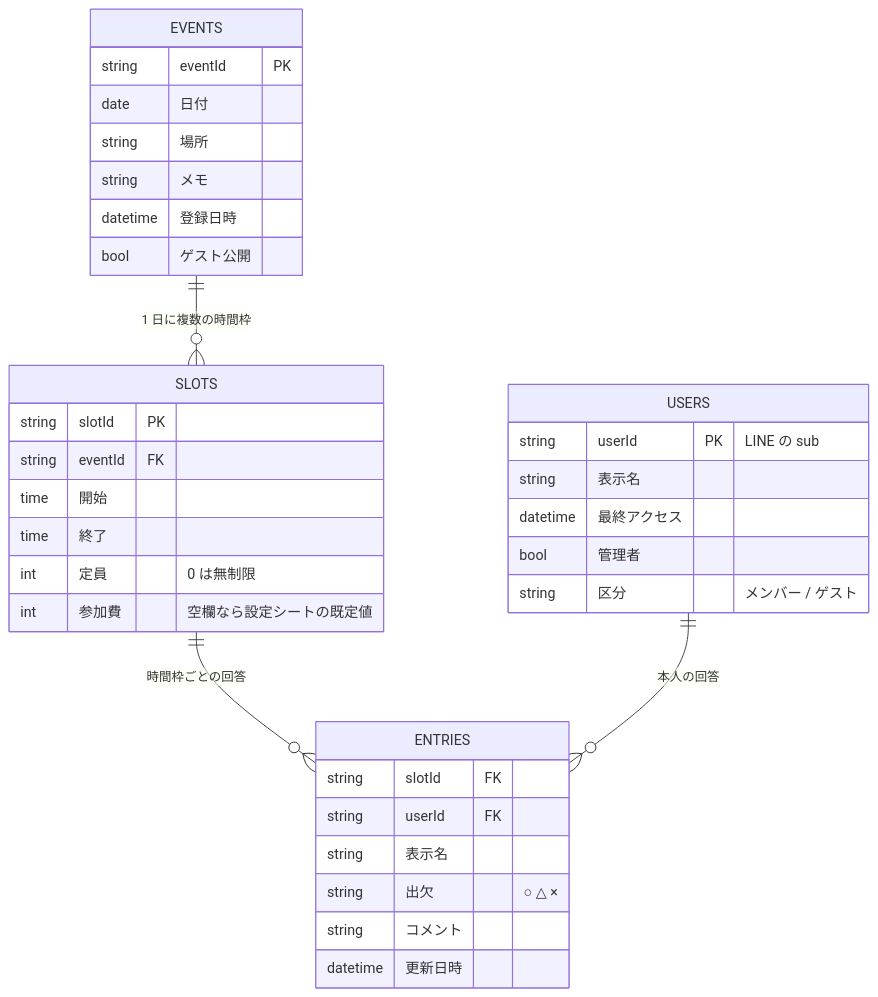
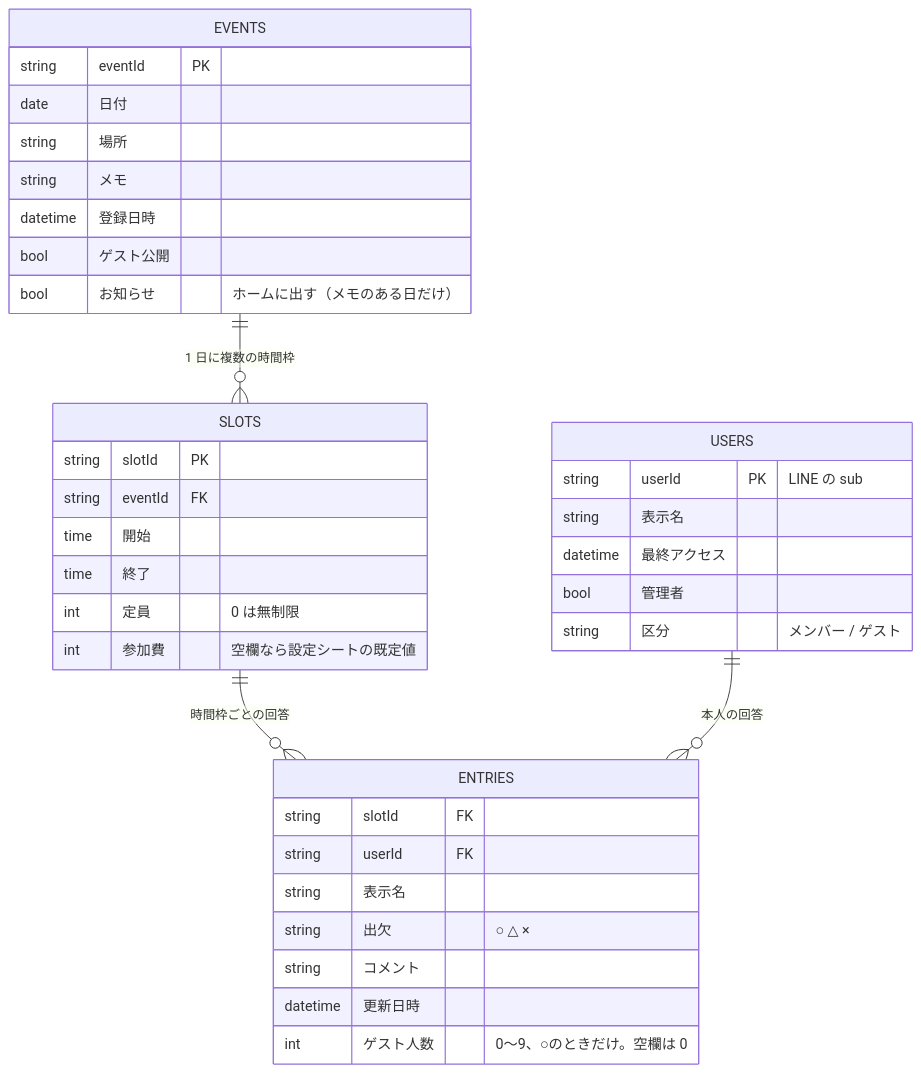
Before and after one commit to Kkenjis/pug-tennis: the eighth of 9 diagrams in docs/ARCHITECTURE.md, drawn with Mermaid. The commit also changed other lines of this file and 2 other files, not shown here.

First line of the commit message:
資料：ゲスト人数とお知らせの選択（シーケンス図・データモデル・API・権限）を実装に合わせて更新

````diff
--- a/docs/ARCHITECTURE.md
+++ b/docs/ARCHITECTURE.md
@@ -198,37 +230,39 @@
 ```mermaid
 erDiagram
   EVENTS ||--o{ SLOTS : "1 日に複数の時間枠"
   SLOTS ||--o{ ENTRIES : "時間枠ごとの回答"
   USERS ||--o{ ENTRIES : "本人の回答"
   EVENTS {
     string eventId PK
     date 日付
     string 場所
     string メモ
     datetime 登録日時
     bool ゲスト公開
+    bool お知らせ "ホームに出す（メモのある日だけ）"
   }
   SLOTS {
     string slotId PK
     string eventId FK
     time 開始
     time 終了
     int 定員 "0 は無制限"
     int 参加費 "空欄なら設定シートの既定値"
   }
   ENTRIES {
     string slotId FK
     string userId FK
     string 表示名
     string 出欠 "○ △ ×"
     string コメント
     datetime 更新日時
+    int ゲスト人数 "0〜9、○のときだけ。空欄は 0"
   }
   USERS {
     string userId PK "LINE の sub"
     string 表示名
     datetime 最終アクセス
     bool 管理者
     string 区分 "メンバー / ゲスト"
   }
 ```
````
